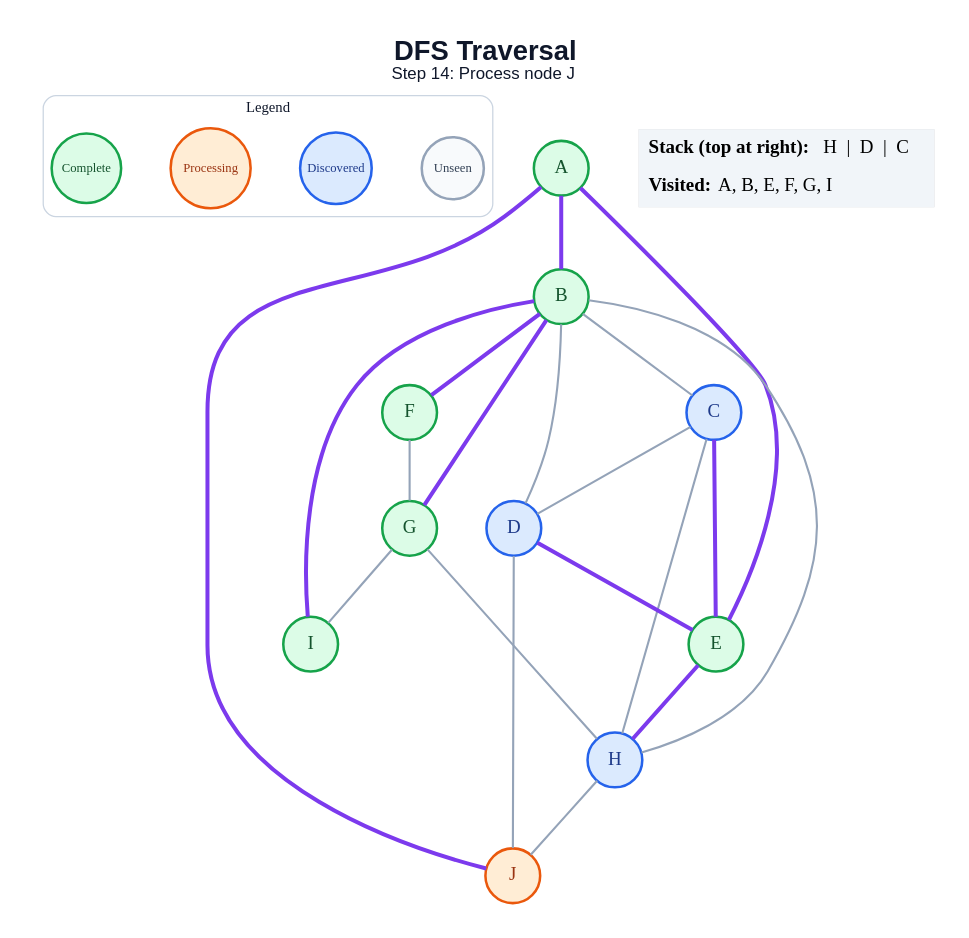
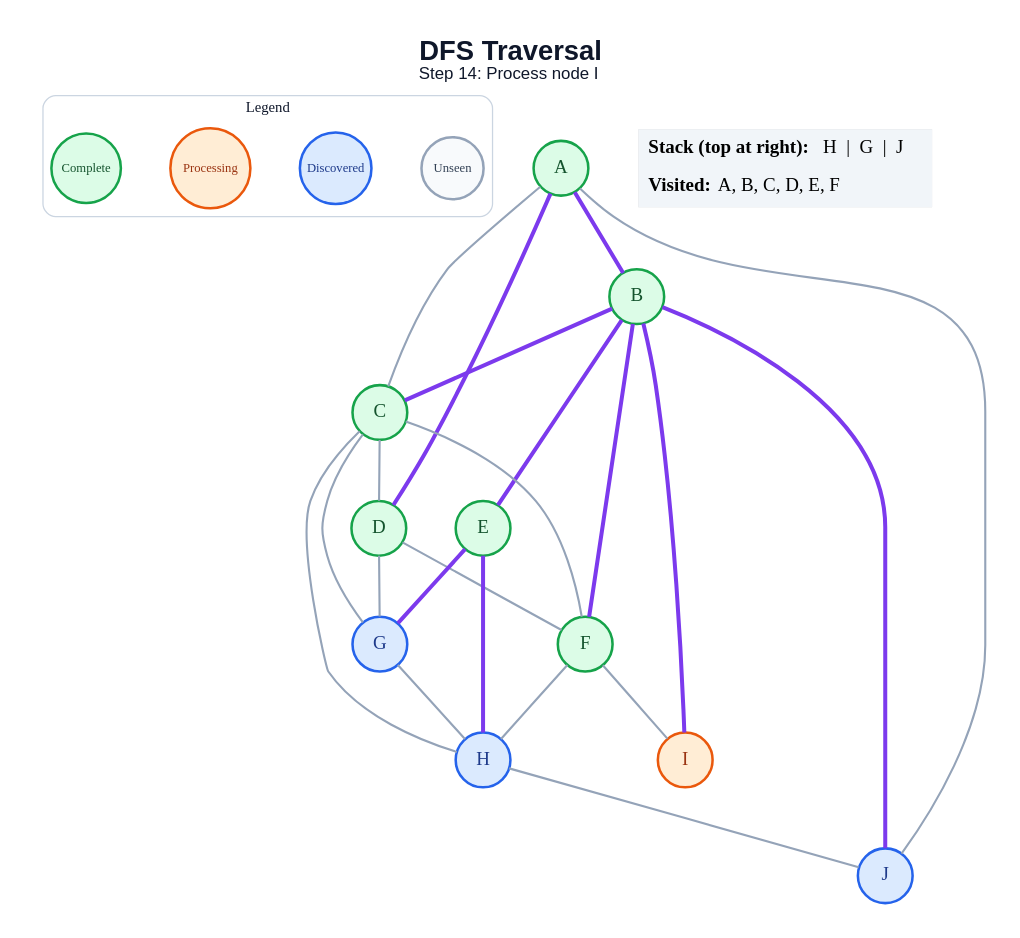
One commit to anon7238593-create/ai-slop changed the diagram in generated/specific-node/dfs/step_14.dot. Above: the diagram before and after it, drawn with Graphviz. The commit also changed 178 other files, not shown here.

```diff
--- a/generated/specific-node/dfs/step_14.dot
+++ b/generated/specific-node/dfs/step_14.dot
@@ -1,48 +1,50 @@
 graph traversal {
   graph [layout=dot, rankdir=TB, bgcolor="#FFFFFF", pad="0.35", nodesep="0.65", ranksep="0.8", fontname="Arial"];
   node [shape=circle, style="filled", fontname="Arial Bold", fontsize=18, width=0.72, fixedsize=true, penwidth=2.4];
   edge [color="#94A3B8", penwidth=2.0];
-  label=<<B>DFS Traversal</B><BR/><FONT POINT-SIZE="16">Step 14: Process node J</FONT>>; labelloc="t"; fontsize=26; fontname="Arial"; fontcolor="#0F172A";
+  label=<<B>DFS Traversal</B><BR/><FONT POINT-SIZE="16">Step 14: Process node I</FONT>>; labelloc="t"; fontsize=26; fontname="Arial"; fontcolor="#0F172A";
   subgraph cluster_legend { label="Legend"; color="#CBD5E1"; penwidth=1.2; style="rounded"; fontsize=14; fontname="Arial Bold";
     key_unseen [label="Unseen", fillcolor="#F8FAFC", color="#94A3B8", fontcolor="#334155", fontsize=12, width=0.82];
     key_frontier [label="Discovered", fillcolor="#DBEAFE", color="#2563EB", fontcolor="#1E3A8A", fontsize=12, width=0.95];
     key_current [label="Processing", fillcolor="#FFEDD5", color="#EA580C", fontcolor="#9A3412", fontsize=12, width=1.05];
     key_done [label="Complete", fillcolor="#DCFCE7", color="#16A34A", fontcolor="#14532D", fontsize=12, width=0.92];
     { rank=same; key_unseen; key_frontier; key_current; key_done; }
   }
   A [fillcolor="#DCFCE7", color="#16A34A", fontcolor="#14532D"];
   B [fillcolor="#DCFCE7", color="#16A34A", fontcolor="#14532D"];
-  C [fillcolor="#DBEAFE", color="#2563EB", fontcolor="#1E3A8A"];
-  D [fillcolor="#DBEAFE", color="#2563EB", fontcolor="#1E3A8A"];
+  C [fillcolor="#DCFCE7", color="#16A34A", fontcolor="#14532D"];
+  D [fillcolor="#DCFCE7", color="#16A34A", fontcolor="#14532D"];
   E [fillcolor="#DCFCE7", color="#16A34A", fontcolor="#14532D"];
   F [fillcolor="#DCFCE7", color="#16A34A", fontcolor="#14532D"];
-  G [fillcolor="#DCFCE7", color="#16A34A", fontcolor="#14532D"];
+  G [fillcolor="#DBEAFE", color="#2563EB", fontcolor="#1E3A8A"];
   H [fillcolor="#DBEAFE", color="#2563EB", fontcolor="#1E3A8A"];
-  I [fillcolor="#DCFCE7", color="#16A34A", fontcolor="#14532D"];
-  J [fillcolor="#FFEDD5", color="#EA580C", fontcolor="#9A3412"];
+  I [fillcolor="#FFEDD5", color="#EA580C", fontcolor="#9A3412"];
+  J [fillcolor="#DBEAFE", color="#2563EB", fontcolor="#1E3A8A"];
   A -- B [color="#7C3AED", penwidth=3.8];
-  A -- E [color="#7C3AED", penwidth=3.8];
-  A -- J [color="#7C3AED", penwidth=3.8];
-  B -- C;
-  B -- D;
+  A -- C;
+  A -- D [color="#7C3AED", penwidth=3.8];
+  A -- J;
+  B -- C [color="#7C3AED", penwidth=3.8];
+  B -- E [color="#7C3AED", penwidth=3.8];
   B -- F [color="#7C3AED", penwidth=3.8];
-  B -- G [color="#7C3AED", penwidth=3.8];
-  B -- H;
   B -- I [color="#7C3AED", penwidth=3.8];
+  B -- J [color="#7C3AED", penwidth=3.8];
   C -- D;
-  C -- E [color="#7C3AED", penwidth=3.8];
+  C -- F;
+  C -- G;
   C -- H;
-  D -- E [color="#7C3AED", penwidth=3.8];
-  D -- J;
+  D -- F;
+  D -- G;
+  E -- G [color="#7C3AED", penwidth=3.8];
   E -- H [color="#7C3AED", penwidth=3.8];
-  F -- G;
+  F -- H;
+  F -- I;
   G -- H;
-  G -- I;
   H -- J;
   status [shape=plain, fixedsize=false, width=0, height=0, margin=0, label=<
     <TABLE BORDER="0" CELLBORDER="0" CELLPADDING="7" BGCOLOR="#F1F5F9">
-      <TR><TD ALIGN="LEFT"><B>Stack (top at right):</B> H  |  D  |  C</TD></TR>
-      <TR><TD ALIGN="LEFT"><B>Visited:</B> A, B, E, F, G, I</TD></TR>
+      <TR><TD ALIGN="LEFT"><B>Stack (top at right):</B> H  |  G  |  J</TD></TR>
+      <TR><TD ALIGN="LEFT"><B>Visited:</B> A, B, C, D, E, F</TD></TR>
     </TABLE>
   >];
 }
```
